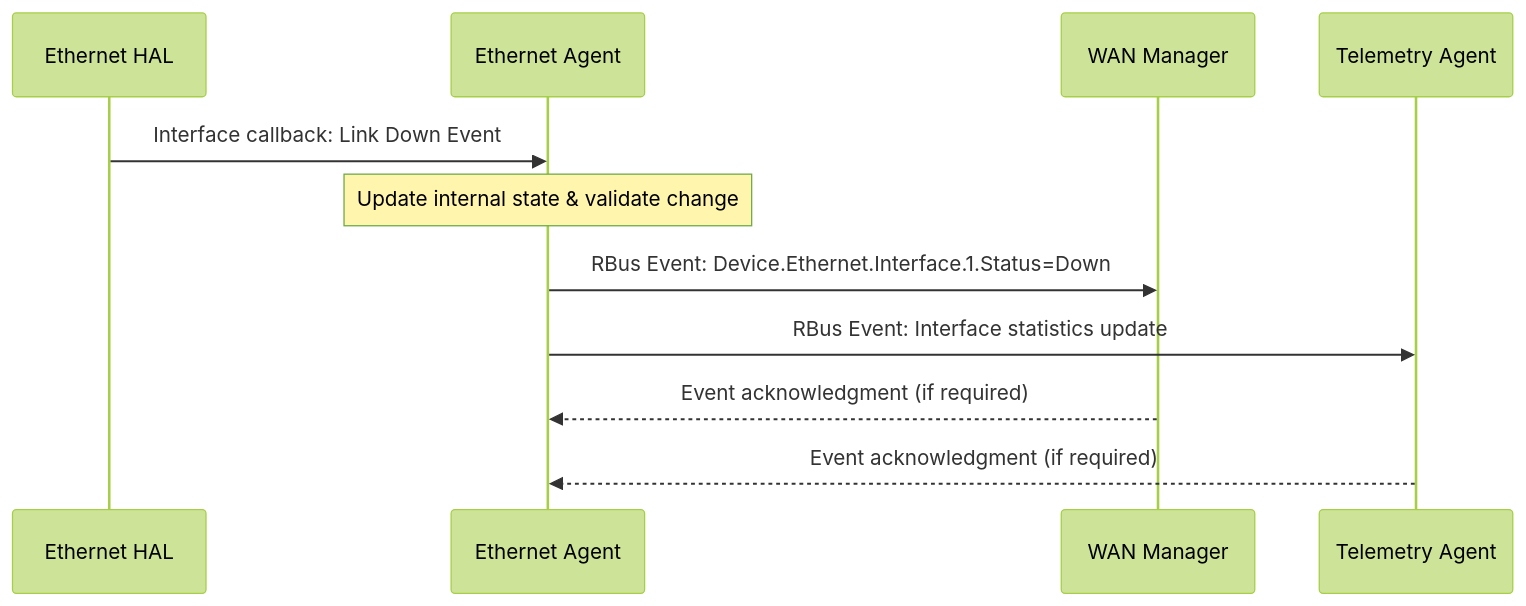
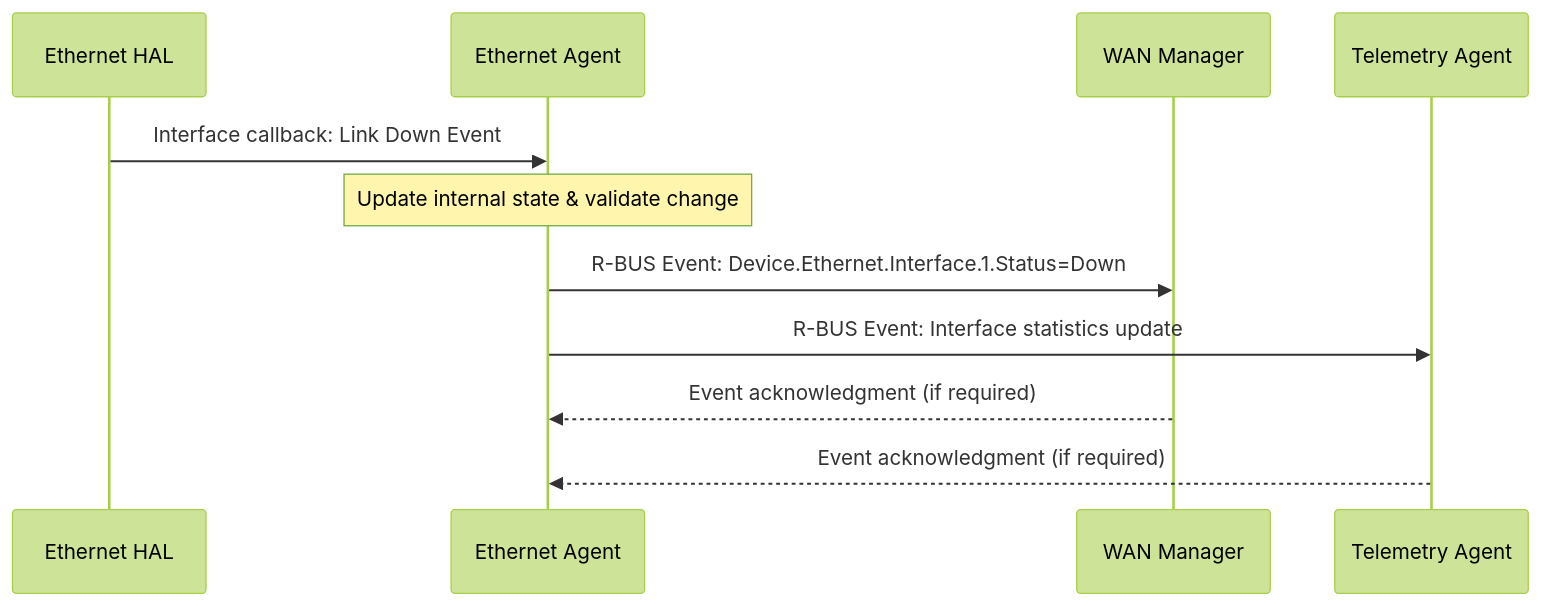
The seventh of 7 diagrams in README.md (rdkcentral/ethernet-agent), drawn with Mermaid (forest theme) before and after one commit. The commit also changed other lines of this file, not shown here.

````diff
--- a/README.md
+++ b/README.md
@@ -429,14 +529,14 @@
 ```mermaid
 sequenceDiagram
     participant HAL as Ethernet HAL
     participant EthAgent as Ethernet Agent
     participant WanMgr as WAN Manager
     participant Telemetry as Telemetry Agent
 
     HAL->>EthAgent: Interface callback: Link Down Event
     Note over EthAgent: Update internal state & validate change
-    EthAgent->>WanMgr: RBus Event: Device.Ethernet.Interface.1.Status=Down
-    EthAgent->>Telemetry: RBus Event: Interface statistics update
+    EthAgent->>WanMgr: R-BUS Event: Device.Ethernet.Interface.1.Status=Down
+    EthAgent->>Telemetry: R-BUS Event: Interface statistics update
     WanMgr-->>EthAgent: Event acknowledgment (if required)
     Telemetry-->>EthAgent: Event acknowledgment (if required)
 ```
````
